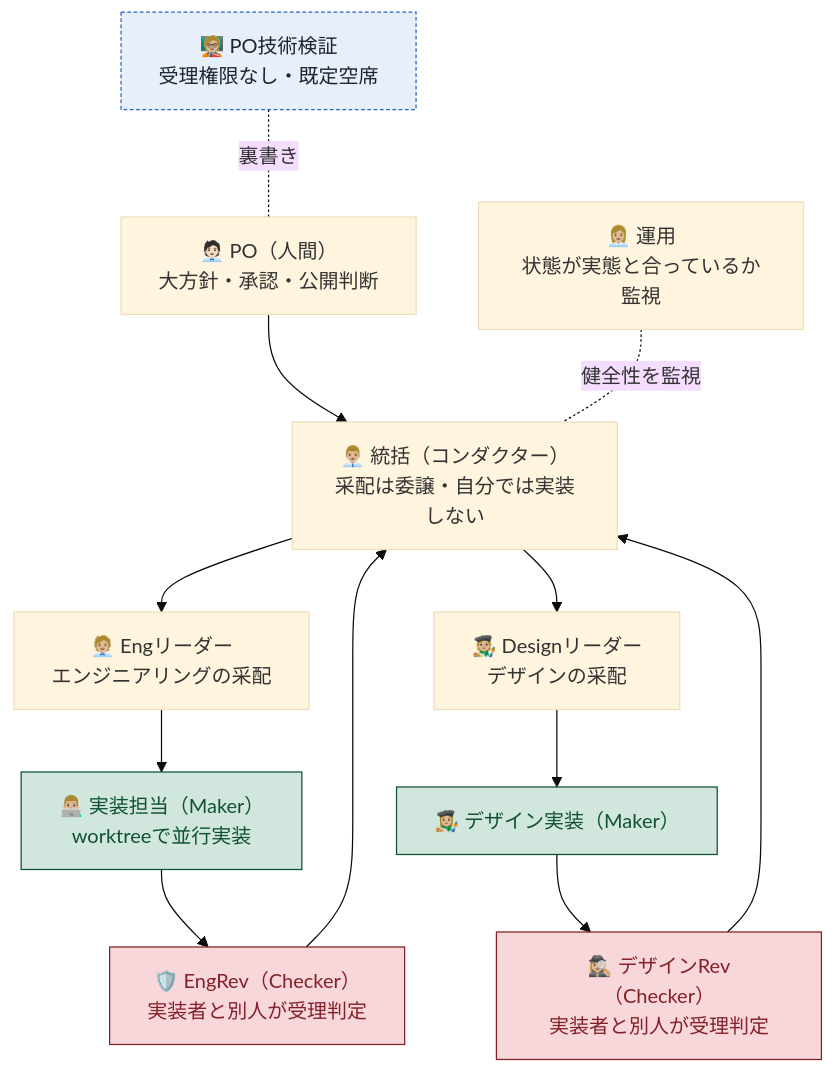
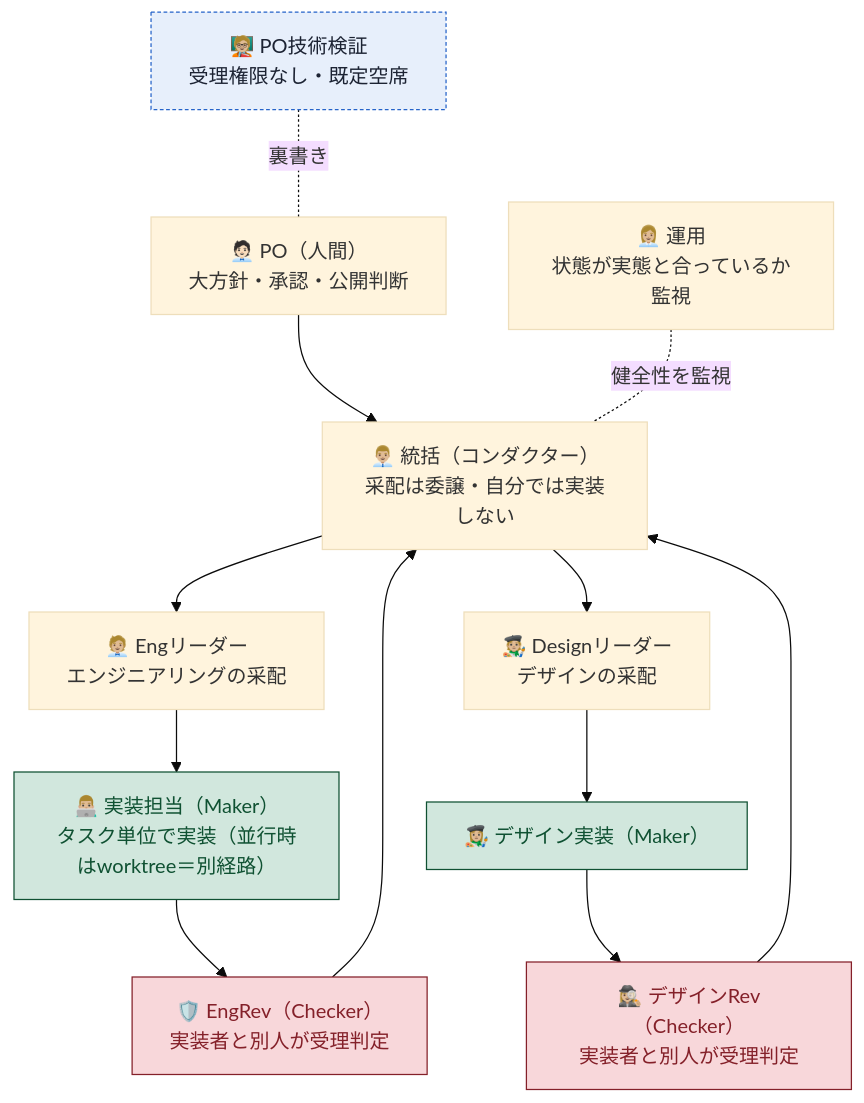
Before and after one commit to kumamoto-kouki/conductor-sdlc-template: the second of 4 diagrams in README.md, drawn with Mermaid (base theme). The commit also changed other lines of this file and 19 other files, not shown here.

````diff
--- a/README.md
+++ b/README.md
@@ -79,26 +79,26 @@
 ```mermaid
 flowchart TD
     PO["🧑🏻‍💼 PO（人間）<br/>大方針・承認・公開判断"]
     K["👨🏼‍💼 統括（コンダクター）<br/>采配は委譲・自分では実装しない"]
     LE["🧑🏼‍💼 Engリーダー<br/>エンジニアリングの采配"]
     LD["🧑🏼‍🎨 Designリーダー<br/>デザインの采配"]
-    ME["👨🏼‍💻 実装担当（Maker）<br/>worktreeで並行実装"]
+    ME["👨🏼‍💻 実装担当（Maker）<br/>タスク単位で実装（並行時はworktree＝別経路）"]
     MD["👩🏼‍🎨 デザイン実装（Maker）"]
     RE["🛡️ EngRev（Checker）<br/>実装者と別人が受理判定"]
     RD["🕵🏼‍♀️ デザインRev（Checker）<br/>実装者と別人が受理判定"]
     OPS["👩🏼‍💼 運用<br/>状態が実態と合っているか監視"]
     T["🧑🏼‍🏫 PO技術検証<br/>受理権限なし・既定空席"]
 
     PO --> K
     K --> LE --> ME --> RE --> K
     K --> LD --> MD --> RD --> K
     OPS -. 健全性を監視 .- K
     T -. 裏書き .- PO
 
     classDef maker fill:#d1e7dd,stroke:#0f5132,color:#0f5132
     classDef checker fill:#f8d7da,stroke:#842029,color:#842029
     classDef cand fill:#e7effb,stroke:#2563c9,stroke-dasharray: 3 2,color:#1c2333
     class ME,MD maker
     class RE,RD checker
     class T cand
 ```
````
